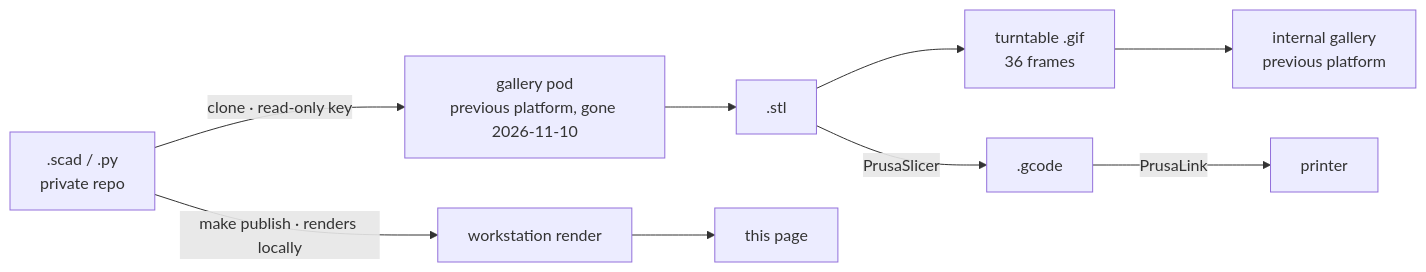
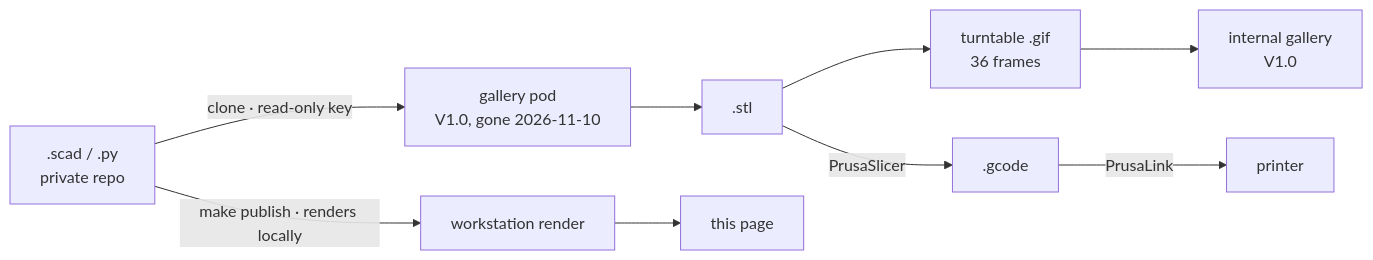
The diagram in docs/printing.md (schultzzznet/schultzzznet), drawn with Mermaid before and after one commit. The commit also changed other lines of this file and 26 other files, not shown here.

````diff
--- a/docs/printing.md
+++ b/docs/printing.md
@@ -44,11 +44,11 @@
 ```mermaid
 flowchart LR
-  SRC[".scad / .py<br/>private repo"] -->|"clone · read-only key"| POD["gallery pod<br/>previous platform, gone 2026-11-10"]
+  SRC[".scad / .py<br/>private repo"] -->|"clone · read-only key"| POD["gallery pod<br/>V1.0, gone 2026-11-10"]
   POD --> STL[".stl"]
   STL --> GIF["turntable .gif<br/>36 frames"]
-  GIF --> WEB["internal gallery<br/>previous platform"]
+  GIF --> WEB["internal gallery<br/>V1.0"]
   STL -->|PrusaSlicer| GC[".gcode"]
   GC -->|PrusaLink| PR["printer"]
   SRC -->|"make publish · renders locally"| WS["workstation render"]
   WS --> PAGES["this page"]
 ```
````
